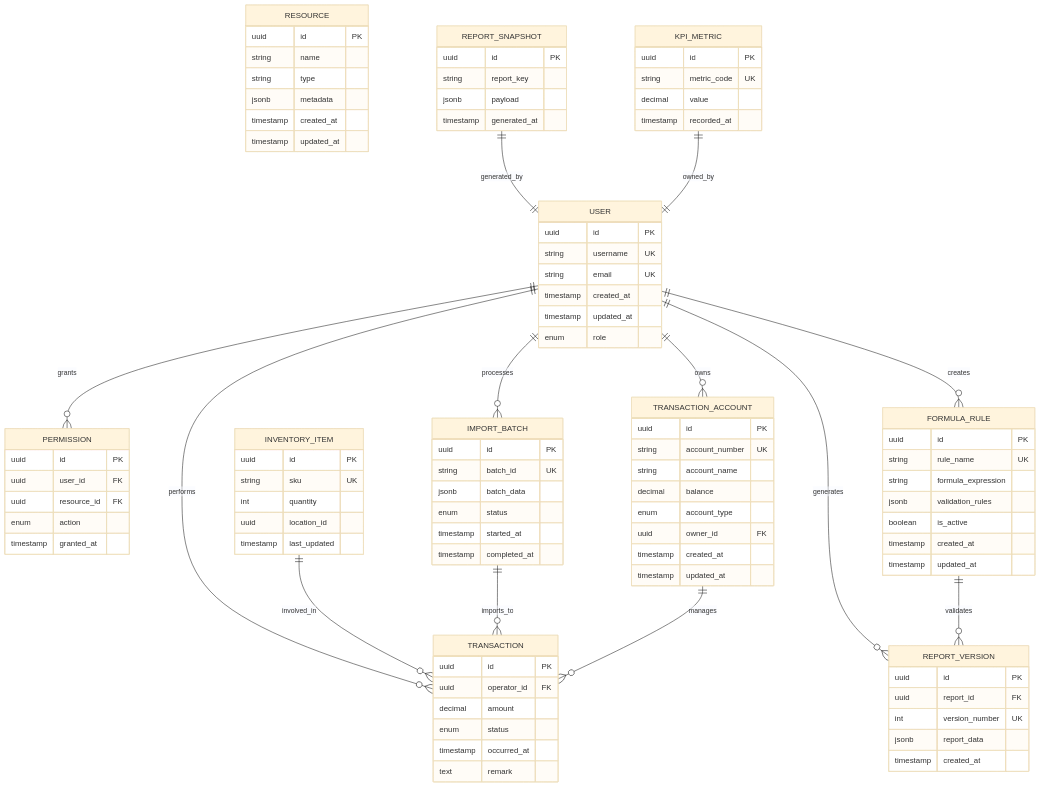
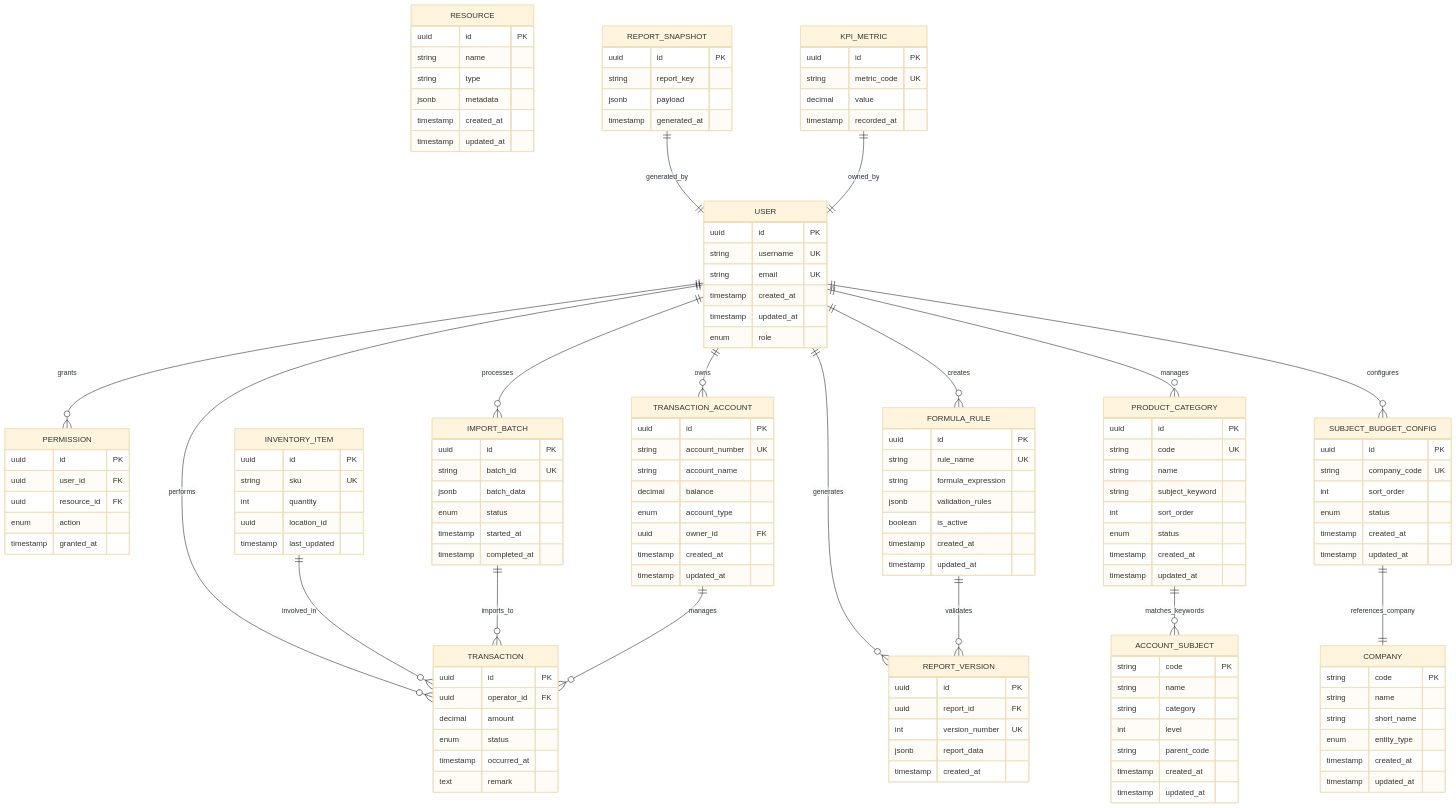
The ninth of 9 diagrams in .qoder/repowiki/zh/content/架构设计/数据库架构设计.md (Damao997/newproject), drawn with Mermaid (base theme) before and after one commit. The commit also changed other lines of this file and 10 other files, not shown here.

````diff
--- a/.qoder/repowiki/zh/content/架构设计/数据库架构设计.md
+++ b/.qoder/repowiki/zh/content/架构设计/数据库架构设计.md
@@ -424,16 +527,55 @@
 timestamp created_at
 timestamp updated_at
 }
+PRODUCT_CATEGORY {
+uuid id PK
+string code UK
+string name
+string subject_keyword
+int sort_order
+enum status
+timestamp created_at
+timestamp updated_at
+}
+SUBJECT_BUDGET_CONFIG {
+uuid id PK
+string company_code UK
+int sort_order
+enum status
+timestamp created_at
+timestamp updated_at
+}
+COMPANY {
+string code PK
+string name
+string short_name
+enum entity_type
+timestamp created_at
+timestamp updated_at
+}
+ACCOUNT_SUBJECT {
+string code PK
+string name
+string category
+int level
+string parent_code
+timestamp created_at
+timestamp updated_at
+}
 USER ||--o{ PERMISSION : grants
 USER ||--o{ TRANSACTION : performs
 USER ||--o{ FORMULA_RULE : creates
 USER ||--o{ REPORT_VERSION : generates
 USER ||--o{ IMPORT_BATCH : processes
 USER ||--o{ TRANSACTION_ACCOUNT : owns
+USER ||--o{ PRODUCT_CATEGORY : manages
+USER ||--o{ SUBJECT_BUDGET_CONFIG : configures
 INVENTORY_ITEM ||--o{ TRANSACTION : involved_in
 REPORT_SNAPSHOT ||--|| USER : generated_by
 KPI_METRIC ||--|| USER : owned_by
 FORMULA_RULE ||--o{ REPORT_VERSION : validates
 IMPORT_BATCH ||--o{ TRANSACTION : imports_to
 TRANSACTION_ACCOUNT ||--o{ TRANSACTION : manages
+PRODUCT_CATEGORY ||--o{ ACCOUNT_SUBJECT : matches_keywords
+SUBJECT_BUDGET_CONFIG ||--|| COMPANY : references_company
 ```
````
